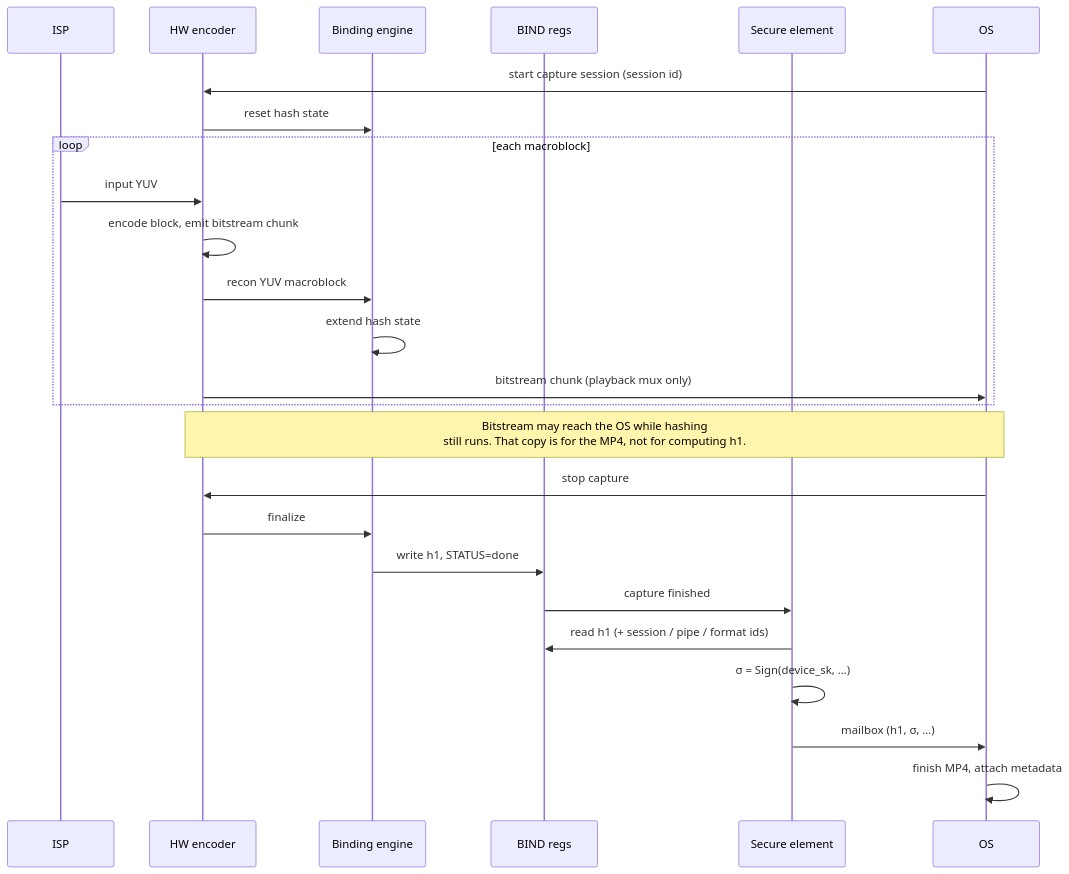
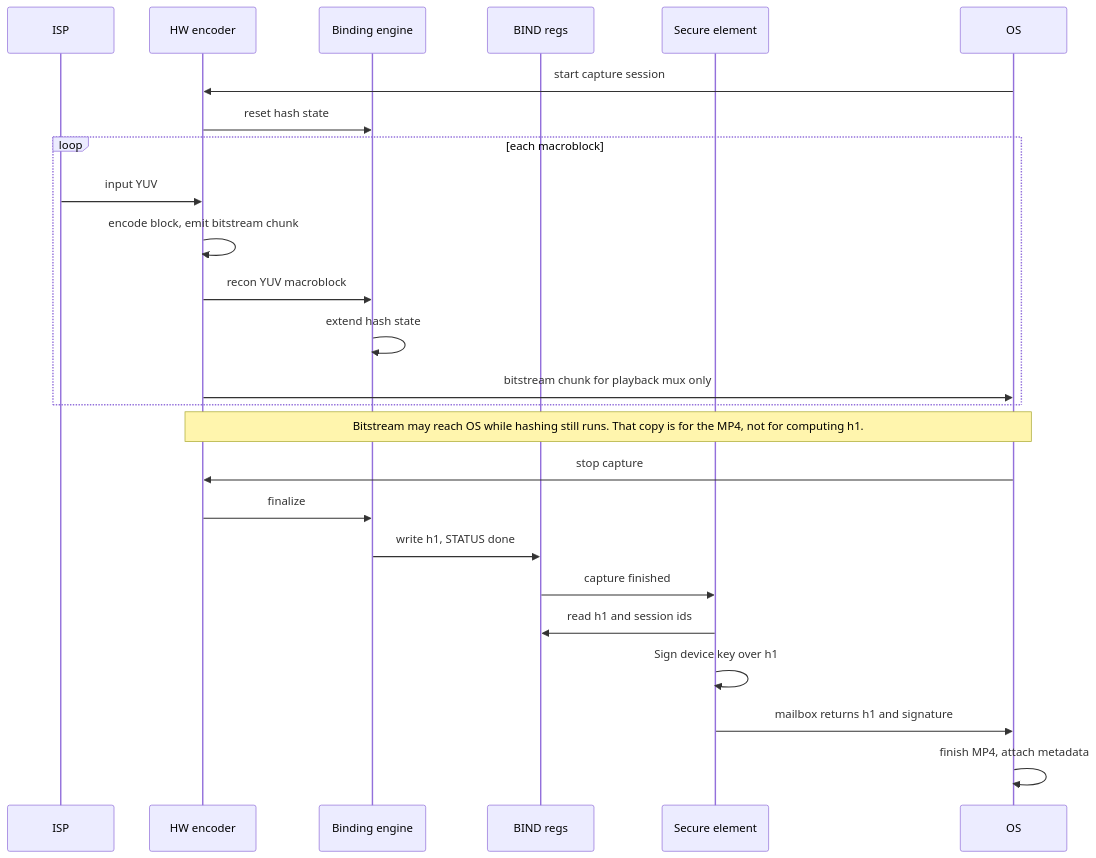
Before and after one commit to fightfake-ai/fightfake-toolkit: the second of 4 diagrams in docs/hardware-partner-requirements-for-proving.md, drawn with Mermaid. The commit also changed other lines of this file, not shown here.

First line of the commit message:
Fix Mermaid diagrams for GitHub rendering.

````diff
--- a/docs/hardware-partner-requirements-for-proving.md
+++ b/docs/hardware-partner-requirements-for-proving.md
@@ -159,31 +159,31 @@
 ```mermaid
 sequenceDiagram
     participant ISP
     participant Enc as HW encoder
     participant Bind as Binding engine
     participant Regs as BIND regs
     participant SE as Secure element
     participant OS
 
-    OS->>Enc: start capture session (session id)
+    OS->>Enc: start capture session
     Enc->>Bind: reset hash state
 
     loop each macroblock
         ISP->>Enc: input YUV
         Enc->>Enc: encode block, emit bitstream chunk
         Enc->>Bind: recon YUV macroblock
         Bind->>Bind: extend hash state
-        Enc->>OS: bitstream chunk (playback mux only)
+        Enc->>OS: bitstream chunk for playback mux only
     end
 
-    Note over Enc,OS: Bitstream may reach the OS while hashing<br/>still runs. That copy is for the MP4, not for computing h1.
+    Note over Enc,OS: Bitstream may reach OS while hashing still runs. That copy is for the MP4, not for computing h1.
 
     OS->>Enc: stop capture
     Enc->>Bind: finalize
-    Bind->>Regs: write h1, STATUS=done
+    Bind->>Regs: write h1, STATUS done
     Regs->>SE: capture finished
-    SE->>Regs: read h1 (+ session / pipe / format ids)
-    SE->>SE: σ = Sign(device_sk, …)
-    SE->>OS: mailbox (h1, σ, …)
+    SE->>Regs: read h1 and session ids
+    SE->>SE: Sign device key over h1
+    SE->>OS: mailbox returns h1 and signature
     OS->>OS: finish MP4, attach metadata
 ```
````
